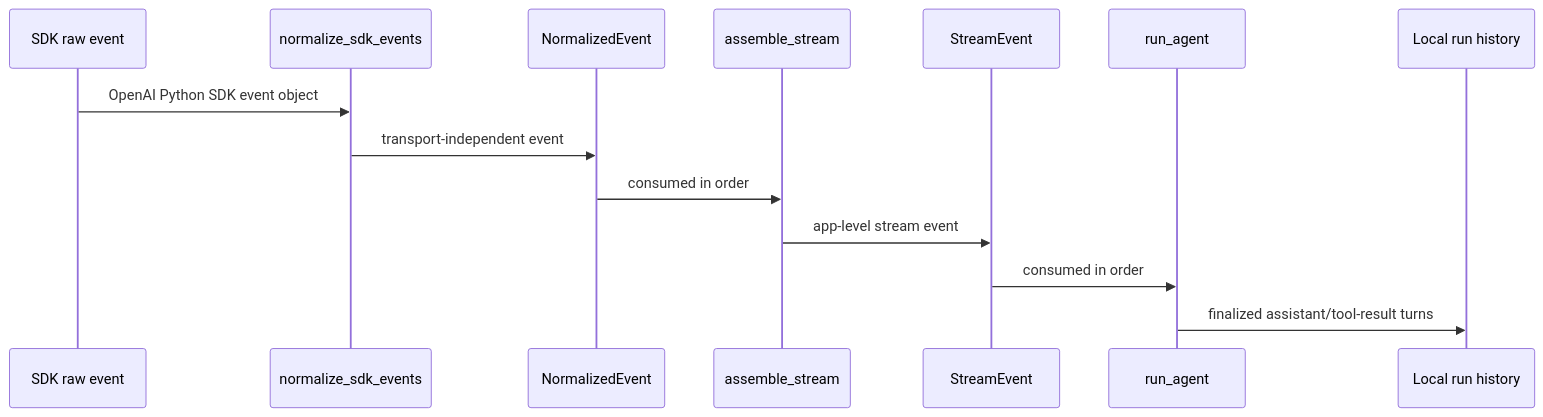
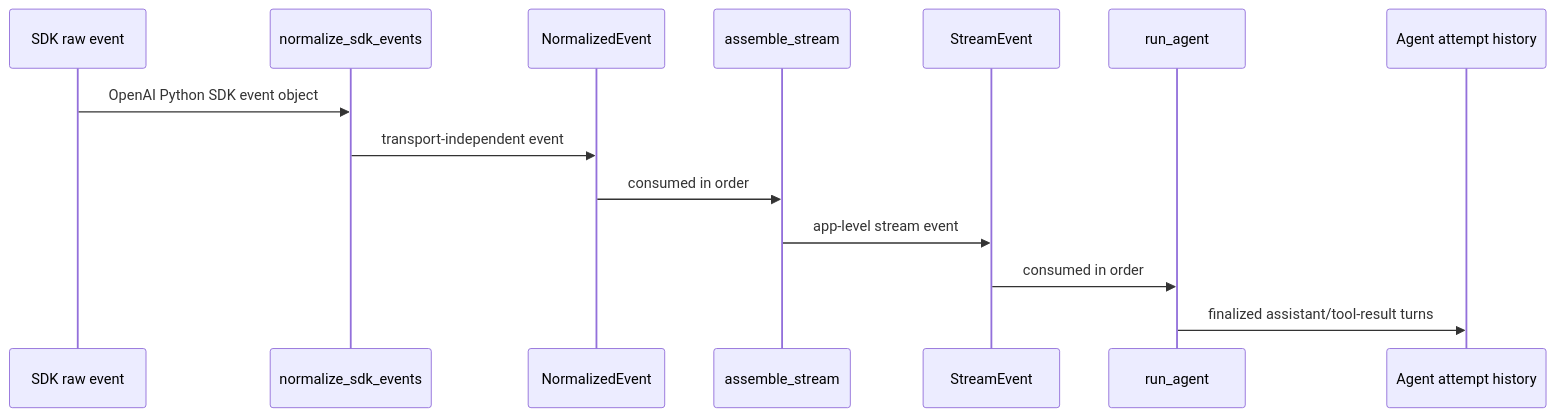
One commit to muneebshahid/piy changed the first of 8 diagrams in docs/openai-stream-event-lifecycle.md. Above: the diagram before and after it, drawn with Mermaid. The commit also changed other lines of this file and 15 other files, not shown here.

First line of the commit message:
Add comprehensive tests for SQLiteStore concurrency, lifecycle, and schema

````diff
--- a/docs/openai-stream-event-lifecycle.md
+++ b/docs/openai-stream-event-lifecycle.md
@@ -13,17 +13,17 @@
 ```mermaid
 sequenceDiagram
     participant SDK as SDK raw event
     participant SDKA as normalize_sdk_events
     participant Norm as NormalizedEvent
     participant Asm as assemble_stream
     participant Stream as StreamEvent
     participant Agent as run_agent
-    participant Hist as Local run history
+    participant Hist as Agent attempt history
 
     SDK->>SDKA: OpenAI Python SDK event object
     SDKA->>Norm: transport-independent event
     Norm->>Asm: consumed in order
     Asm->>Stream: app-level stream event
     Stream->>Agent: consumed in order
     Agent->>Hist: finalized assistant/tool-result turns
 ```
````
